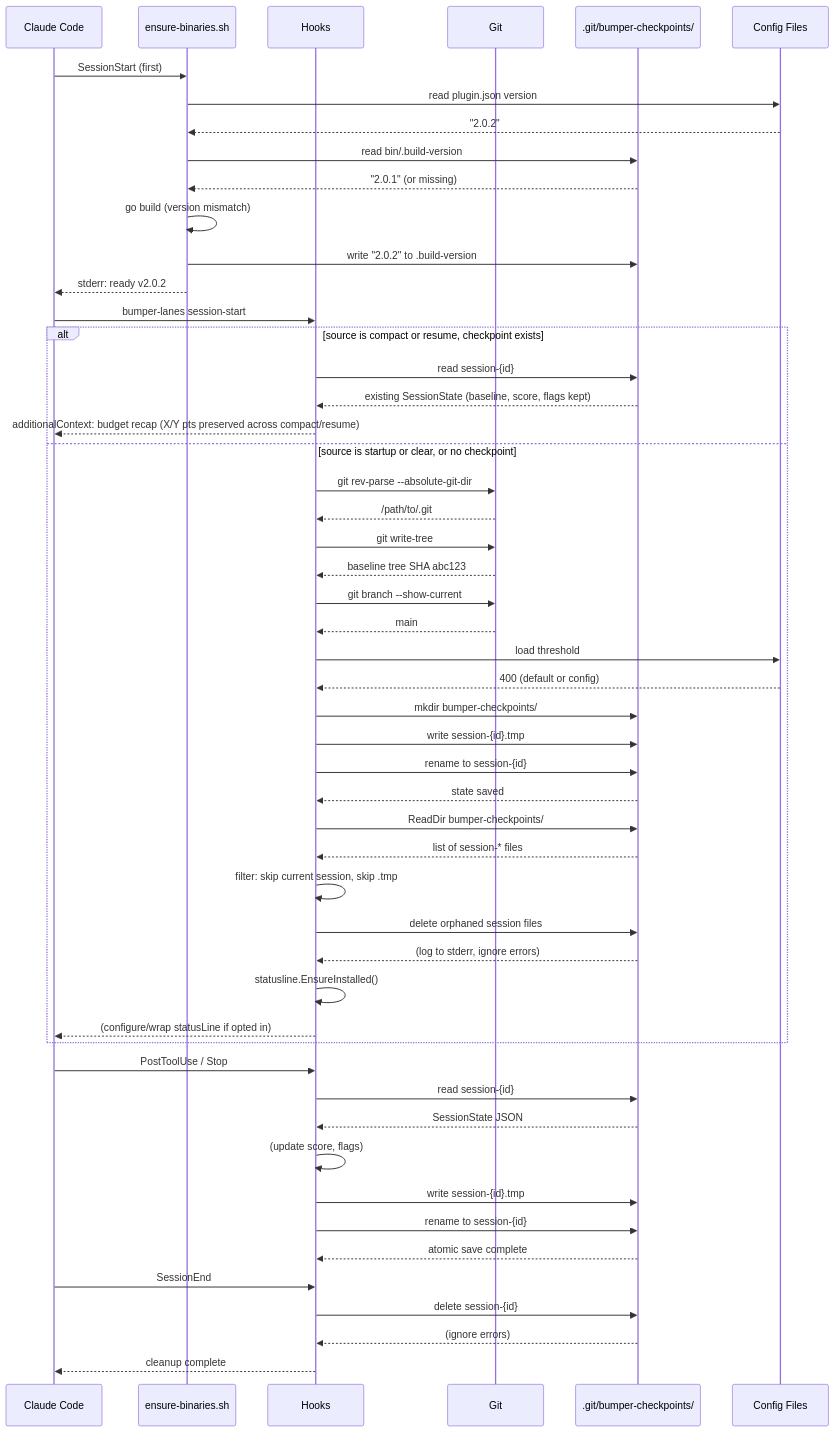
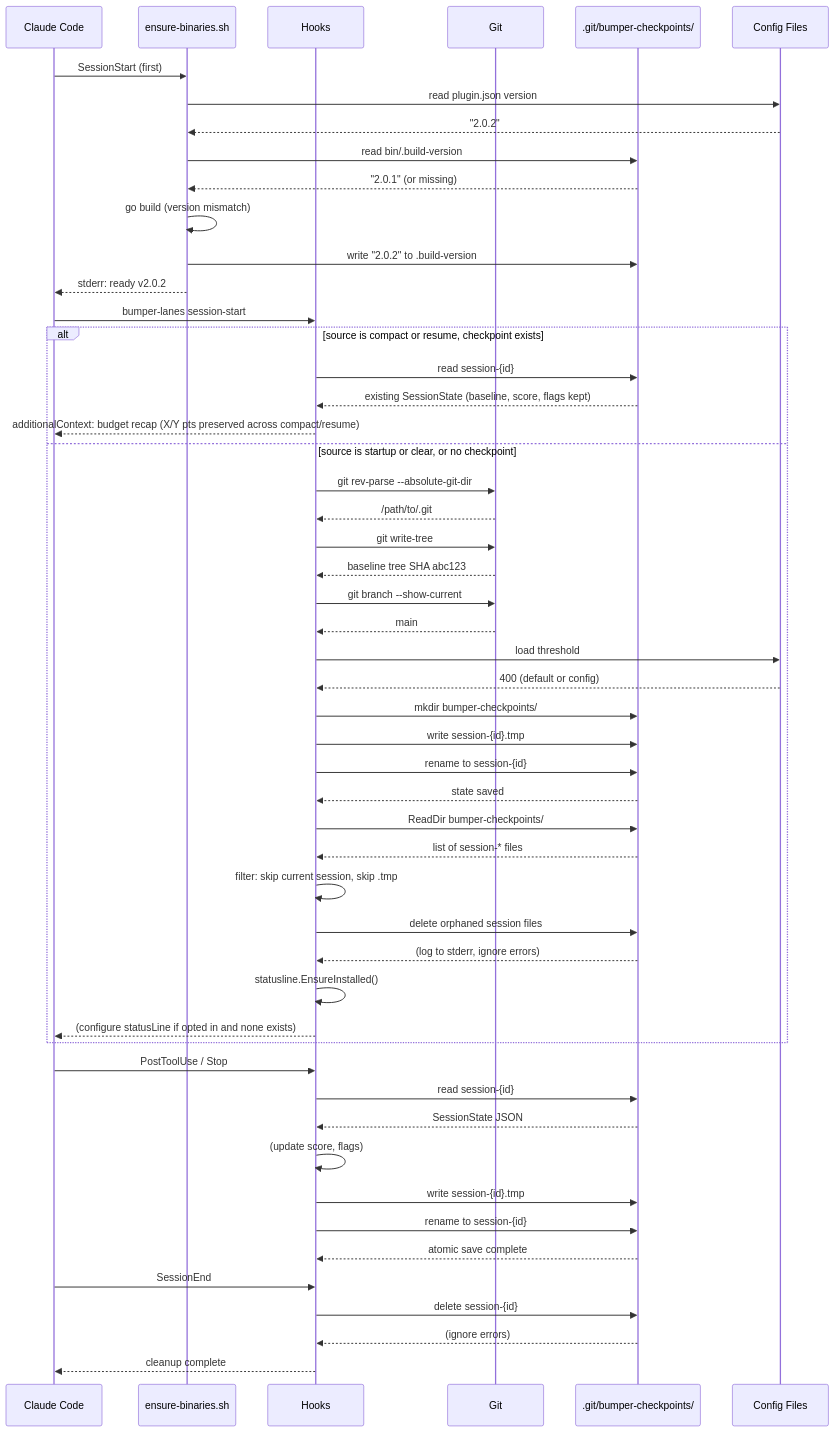
Before and after one commit to kylesnowschwartz/claude-bumper-lanes: the diagram in docs/session-lifecycle-sequence.mmd, drawn with Mermaid. The commit also changed 2 other files, not shown here.

```diff
--- a/docs/session-lifecycle-sequence.mmd
+++ b/docs/session-lifecycle-sequence.mmd
@@ -1,123 +1,123 @@
 %% Session Lifecycle: Checkpoint creation, updates, and cleanup
 %% Render: cat session-lifecycle-sequence.mmd | mermaid-ascii -f -
 %% Focus: State persistence in .git/bumper-checkpoints/
 
 sequenceDiagram
     participant CC as Claude Code
     participant Bin as ensure-binaries.sh
     participant Hook as Hooks
     participant Git
     participant FS as .git/bumper-checkpoints/
     participant Cfg as Config Files
 
     %% === BINARY VERSION CHECK (ensure-binaries.sh) ===
     CC->>Bin: SessionStart (first)
     Bin->>Cfg: read plugin.json version
     Cfg-->>Bin: "2.0.2"
     Bin->>FS: read bin/.build-version
     FS-->>Bin: "2.0.1" (or missing)
     Bin->>Bin: go build (version mismatch)
     Bin->>FS: write "2.0.2" to .build-version
     Bin-->>CC: stderr: ready v2.0.2
 
     %% === SESSION START ===
     CC->>Hook: bumper-lanes session-start
     alt source is compact or resume, checkpoint exists
         %% Compaction/resume reuse the session id - preserve the budget
         Hook->>FS: read session-{id}
         FS-->>Hook: existing SessionState (baseline, score, flags kept)
         Hook-->>CC: additionalContext: budget recap (X/Y pts preserved across compact/resume)
     else source is startup or clear, or no checkpoint
         Hook->>Git: git rev-parse --absolute-git-dir
         Git-->>Hook: /path/to/.git
         Hook->>Git: git write-tree
         Git-->>Hook: baseline tree SHA abc123
         Hook->>Git: git branch --show-current
         Git-->>Hook: main
         Hook->>Cfg: load threshold
         Cfg-->>Hook: 400 (default or config)
 
         %% Create checkpoint directory and state file
         Hook->>FS: mkdir bumper-checkpoints/
         Hook->>FS: write session-{id}.tmp
         Hook->>FS: rename to session-{id}
         FS-->>Hook: state saved
 
         %% Cleanup orphaned checkpoints from crashed sessions
         Hook->>FS: ReadDir bumper-checkpoints/
         FS-->>Hook: list of session-* files
         Hook->>Hook: filter: skip current session, skip .tmp
         Hook->>FS: delete orphaned session files
         FS-->>Hook: (log to stderr, ignore errors)
 
         %% Status line setup only when statusline_auto_setup=true (opt-in)
         Hook->>Hook: statusline.EnsureInstalled()
-        Hook-->>CC: (configure/wrap statusLine if opted in)
+        Hook-->>CC: (configure statusLine if opted in and none exists)
     end
 
     %% === DURING SESSION (each hook call) ===
     CC->>Hook: PostToolUse / Stop
     Hook->>FS: read session-{id}
     FS-->>Hook: SessionState JSON
     Hook->>Hook: (update score, flags)
     Hook->>FS: write session-{id}.tmp
     Hook->>FS: rename to session-{id}
     FS-->>Hook: atomic save complete
 
     %% === SESSION END ===
     CC->>Hook: SessionEnd
     Hook->>FS: delete session-{id}
     FS-->>Hook: (ignore errors)
     Hook-->>CC: cleanup complete
 
 %% ============================================================
 %% VALIDATION REFERENCES
 %% ============================================================
 %% - ensure-binaries.sh: scripts/ensure-binaries.sh (version sentinel)
 %% - SessionStart: internal/hooks/session_start.go:29-77
 %% - EnsureInstalled (cross-package call from SessionStart): internal/statusline/installer.go:EnsureInstalled()
 %% - State New(): internal/state/session.go:136-154
 %% - State Save(): internal/state/session.go:93-134 (atomic write)
 %% - State Load(): internal/state/session.go:69-89
 %% - State Delete(): internal/state/session.go:157-163
 %% - CleanupOrphaned(): internal/state/session.go:214-257
 %% - SessionEnd: internal/hooks/session_end.go:9-13
 %% - Checkpoint dir: internal/state/session.go:38-46
 %%
 %% STATE FILE LOCATION
 %% Path: {git-dir}/bumper-checkpoints/session-{session_id}
 %% - Uses --absolute-git-dir for worktree support
 %% - Each worktree gets isolated checkpoints
 %%
 %% STATE FILE CONTENTS (JSON)
 %% {
 %%   "session_id": "abc123",
 %%   "baseline_tree": "def456",
 %%   "baseline_branch": "main",
 %%   "score": 125,
 %%   "threshold_limit": 400,
 %%   "stop_triggered": false,
 %%   "paused": false,
 %%   "net_lines": -12,
 %%   "tripwires": ["go.mod"],
 %%   "created_at": "2024-01-15T10:30:00Z",
 %%   "repo_path": "/path/to/repo"
 %% }
 %%
 %% ATOMIC WRITES
 %% 1. Write to session-{id}.tmp
 %% 2. Rename to session-{id}
 %% Prevents race conditions between parallel hooks
 %%
 %% VERSION SENTINEL
 %% Path: bin/.build-version
 %% - Contains plugin version that binaries were built for
 %% - Compared against .claude-plugin/plugin.json on SessionStart
 %% - Triggers rebuild on version mismatch (plugin update scenario)
 %% - Fast path (~33ms) when version matches and binaries exist
 %%
 %% NOTES
 %% 1. State read/write on every hook call (I/O overhead - acceptable)
 %% 2. Orphaned checkpoints cleaned on SessionStart (CleanupOrphaned)
 %% 3. Temp files skipped during cleanup (may be in-progress writes)
 %% 4. No state versioning needed - sessions are ephemeral
```
